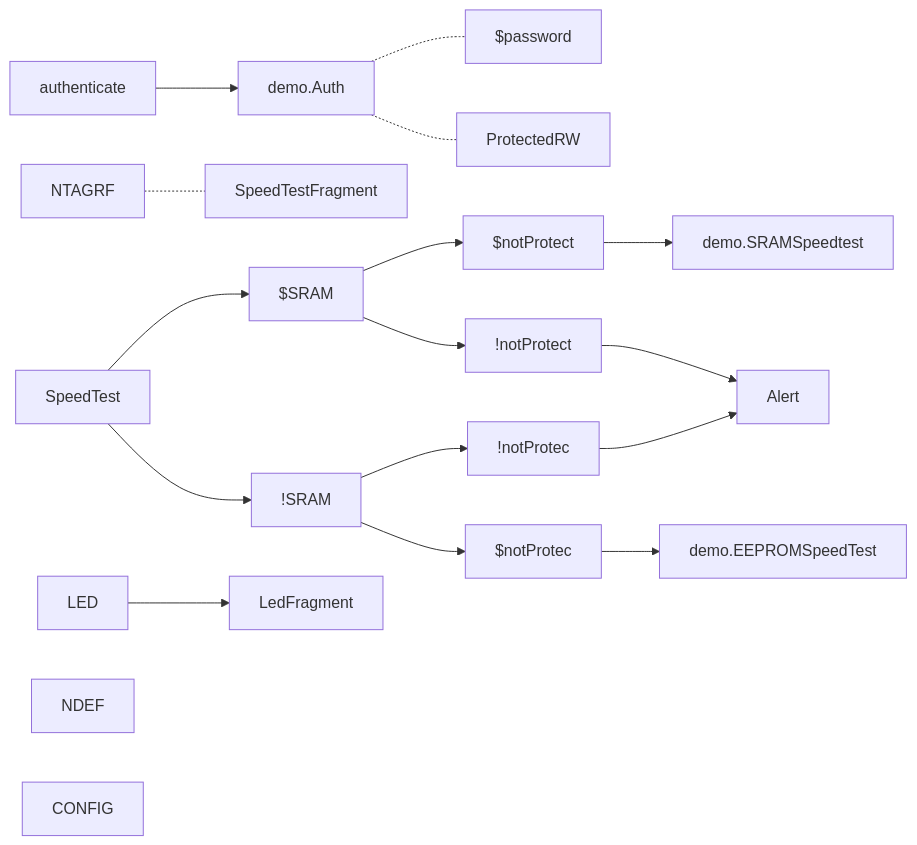
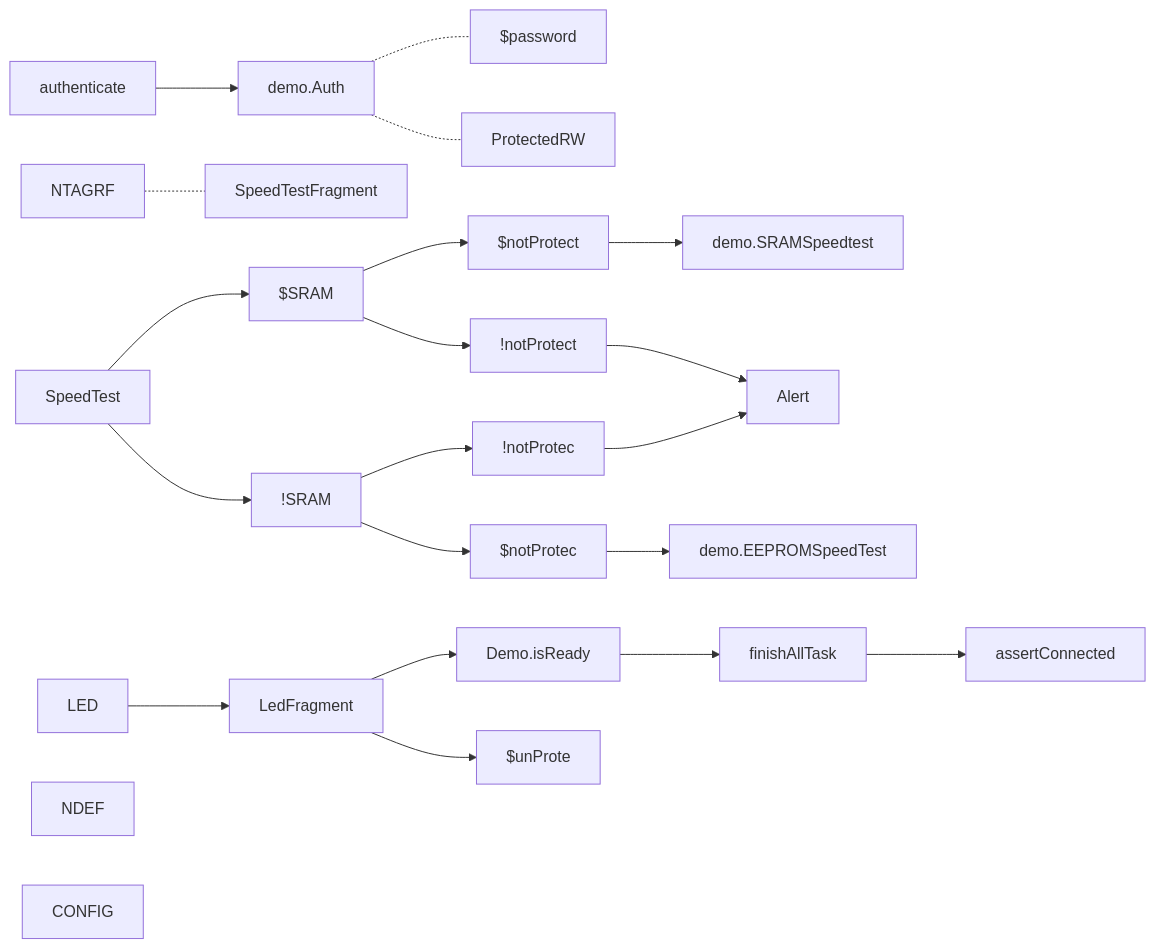
One commit to gordianknotC/nxp_note changed the fifth of 5 diagrams in nxp/MainActivity.md. Above: the diagram before and after it, drawn with Mermaid. The commit also changed other lines of this file, not shown here.

Commit message:
nxp/MainActivity.md updated from https://stackedit.io/

````diff
--- a/nxp/MainActivity.md
+++ b/nxp/MainActivity.md
@@ -56,28 +56,31 @@
 ```mermaid
 graph LR
 authenticate --> demo.Auth
 demo.Auth -.- $password
 demo.Auth -.- ProtectedRW
 
 
 
 NTAGRF -.- SpeedTestFragment
 SpeedTest --> $SRAM
 SpeedTest --> !SRAM
 $SRAM --> $notProtect
 $SRAM --> !notProtect
 $notProtect--> demo.SRAMSpeedtest
 !notProtect--> Alert
 !SRAM --> $notProtec
 !SRAM --> !notProtec
 $notProtec --> demo.EEPROMSpeedTest
 !notProtec --> Alert
 
 
 LED --> LedFragment
-
+LedFragment --> Demo.isReady
+Demo.isReady --> finishAllTask
+finishAllTask --> assertConnected
+LedFragment --> $unProte
 
 
 NDEF
 CONFIG
 ```
````
